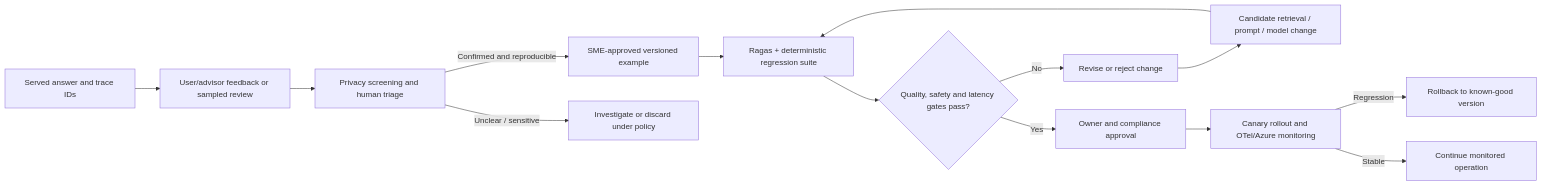
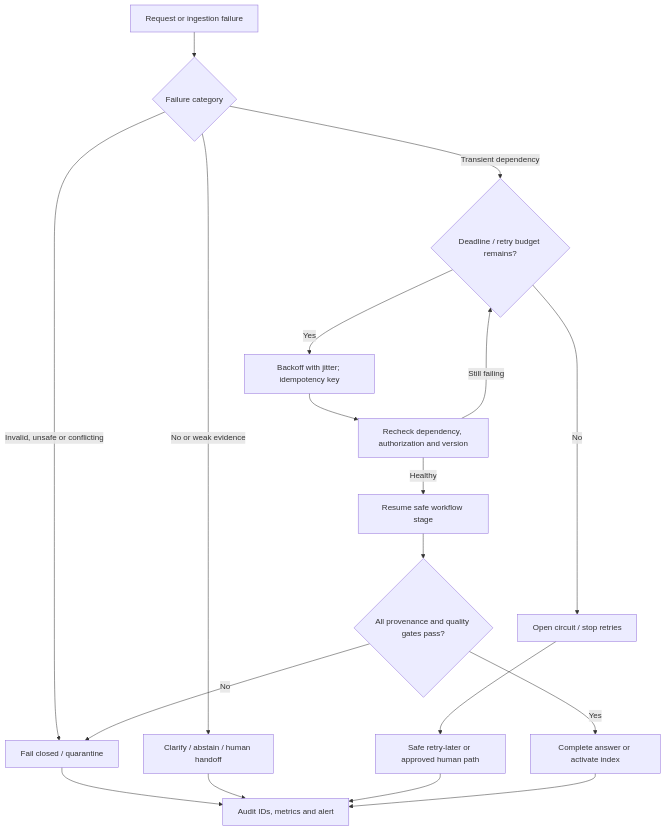
One commit to mithileshbhumca/InsuranceGenAI changed the seventh of 7 diagrams in rag-architecture.md. Above: the diagram before and after it, drawn with Mermaid. The commit also changed other lines of this file and 1 other file, not shown here.

````diff
--- a/rag-architecture.md
+++ b/rag-architecture.md
@@ -672,16 +620,20 @@
 ```mermaid
-flowchart LR
-    RESPONSE[Served answer and trace IDs] --> FEEDBACK[User/advisor feedback or sampled review]
-    FEEDBACK --> TRIAGE[Privacy screening and human triage]
-    TRIAGE -->|Confirmed and reproducible| GOLD[SME-approved versioned example]
-    TRIAGE -->|Unclear / sensitive| HOLD[Investigate or discard under policy]
-    GOLD --> EVAL[Ragas + deterministic regression suite]
-    CHANGE[Candidate retrieval / prompt / model change] --> EVAL
-    EVAL --> GATE{Quality, safety and latency gates pass?}
-    GATE -->|No| FIX[Revise or reject change]
-    FIX --> CHANGE
-    GATE -->|Yes| APPROVAL[Owner and compliance approval]
-    APPROVAL --> ROLLOUT[Canary rollout and OTel/Azure monitoring]
-    ROLLOUT -->|Regression| ROLLBACK[Rollback to known-good version]
-    ROLLOUT -->|Stable| MONITOR[Continue monitored operation]
+flowchart TD
+    SIGNAL[Request or ingestion failure] --> CLASSIFY{Failure category}
+    CLASSIFY -->|Transient dependency| BUDGET{Deadline / retry budget remains?}
+    BUDGET -->|Yes| RETRY[Backoff with jitter; idempotency key]
+    RETRY --> RECHECK[Recheck dependency, authorization and version]
+    RECHECK -->|Healthy| RESUME[Resume safe workflow stage]
+    RECHECK -->|Still failing| BUDGET
+    BUDGET -->|No| CIRCUIT[Open circuit / stop retries]
+    CLASSIFY -->|Invalid, unsafe or conflicting| REJECT[Fail closed / quarantine]
+    CLASSIFY -->|No or weak evidence| ABSTAIN[Clarify / abstain / human handoff]
+    RESUME --> VALIDATE{All provenance and quality gates pass?}
+    VALIDATE -->|Yes| COMPLETE[Complete answer or activate index]
+    VALIDATE -->|No| REJECT
+    CIRCUIT --> FALLBACK[Safe retry-later or approved human path]
+    REJECT --> AUDIT[Audit IDs, metrics and alert]
+    ABSTAIN --> AUDIT
+    FALLBACK --> AUDIT
+    COMPLETE --> AUDIT
 ```
````
